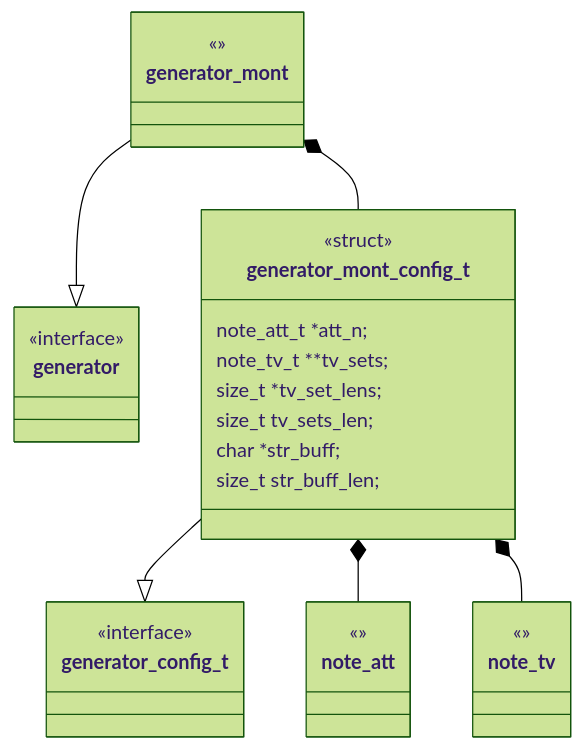
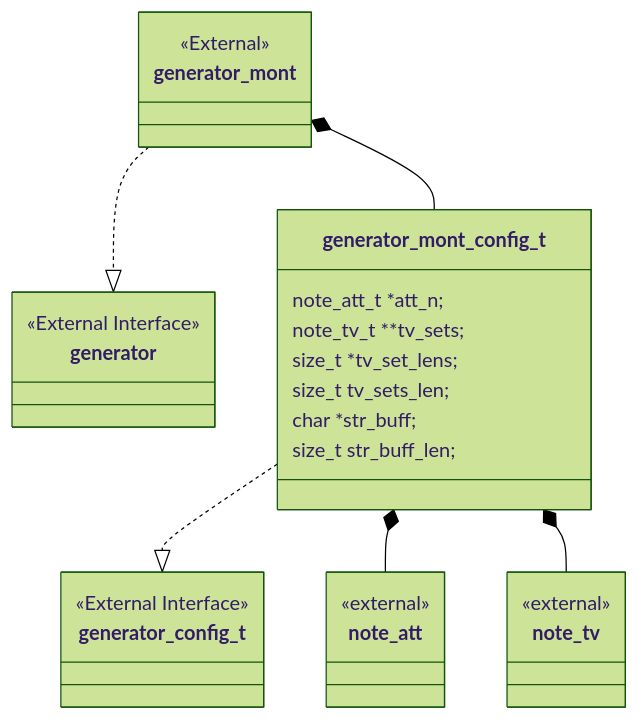
One commit to Joecstarr/thesis changed the first of 4 diagrams in sections/software/documentation/generators/montesinos.md. Above: the diagram before and after it, drawn with Mermaid (forest theme). The commit also changed other lines of this file and 17 other files, not shown here.

Commit message:
Improve: Adds decorators for class diagrams. Adds two computations for arborescent generation.

````diff
--- a/sections/software/documentation/generators/montesinos.md
+++ b/sections/software/documentation/generators/montesinos.md
@@ -8,41 +8,41 @@
 ```mermaid
 classDiagram
-    generator_mont --|> generator
-    generator_mont_config_t --|> generator_config_t
+    generator_mont ..|> generator
+    generator_mont_config_t ..|> generator_config_t
     generator_mont_config_t *-- note_att
     generator_mont_config_t *-- note_tv
     generator_mont *-- generator_mont_config_t
 
     class generator {
-        <<interface>>
+        <<External Interface>>
     }
 
     class generator_mont {
-<<>>
+<<External>>
 }
 
 class generator_mont_config_t {
-<<struct>>
+
 note_att_t *att_n;
 note_tv_t **tv_sets;
 size_t *tv_set_lens;
 size_t tv_sets_len;
 char *str_buff;
 size_t str_buff_len;
 }
 
 class generator_config_t {
-<<interface>>
+<<External Interface>>
 
 }
 
 
 class note_att{
-<<>>
+<<external>>
 }
 
 class note_tv{
-<<>>
+<<external>>
 }
 
 ```
````
